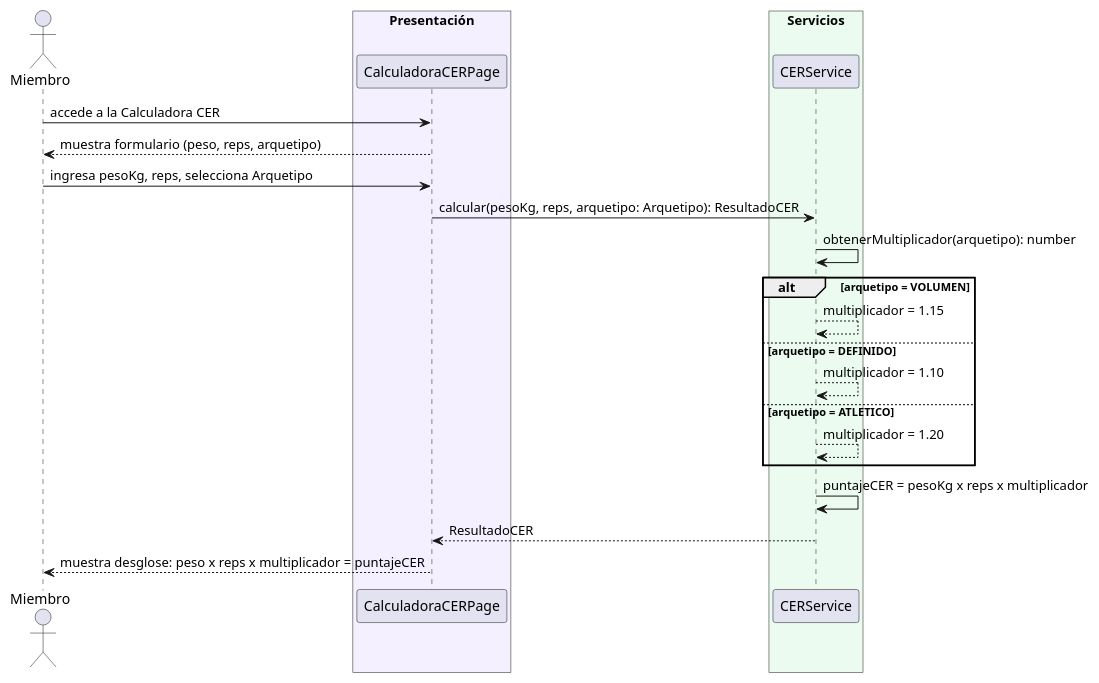
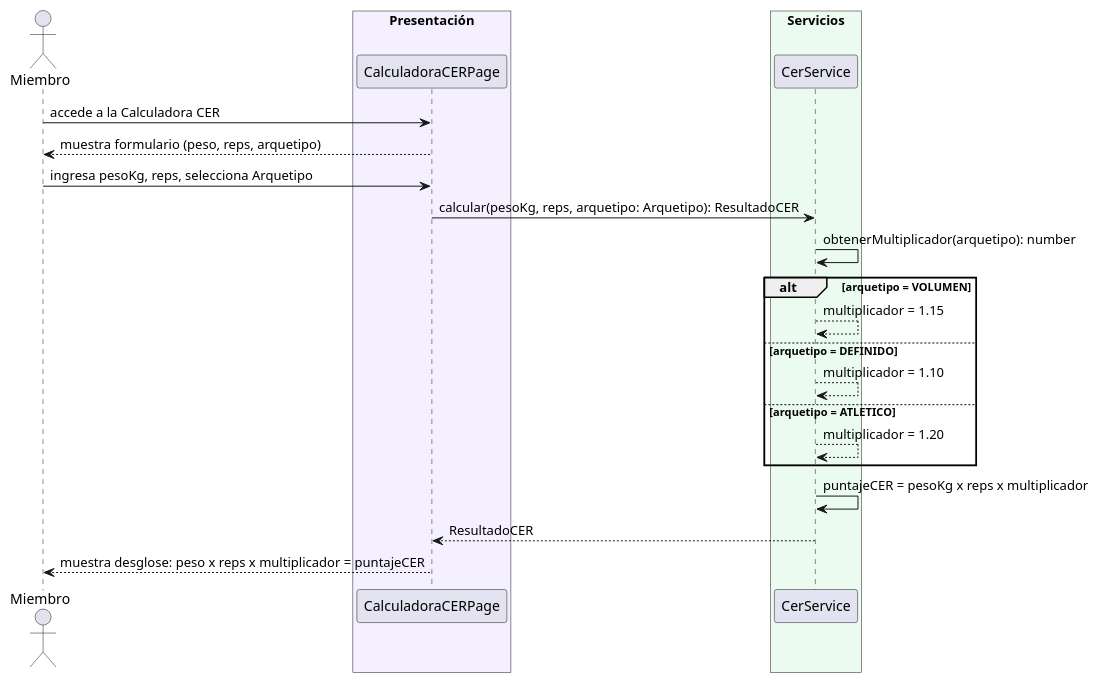
One commit to nicolassepulveda13/SAP changed the third of 8 diagrams in silverback/docs/secuencias-cu003-cu004.md. Above: the diagram before and after it, drawn with PlantUML. The commit also changed other lines of this file and 12 other files, not shown here.

````diff
--- a/silverback/docs/secuencias-cu003-cu004.md
+++ b/silverback/docs/secuencias-cu003-cu004.md
@@ -204,34 +220,34 @@
 ```plantuml
 @startuml CU-003-003
 
 actor Miembro
 
 box "Presentación" #F5F0FF
   participant "CalculadoraCERPage" as Page
 end box
 
 box "Servicios" #EBFBF0
-  participant "CERService" as Svc
+  participant "CerService" as Svc
 end box
 
 Miembro -> Page: accede a la Calculadora CER
 Page --> Miembro: muestra formulario (peso, reps, arquetipo)
 
 Miembro -> Page: ingresa pesoKg, reps, selecciona Arquetipo
 Page -> Svc: calcular(pesoKg, reps, arquetipo: Arquetipo): ResultadoCER
 Svc -> Svc: obtenerMultiplicador(arquetipo): number
 
 alt arquetipo = VOLUMEN
     Svc --> Svc: multiplicador = 1.15
 else arquetipo = DEFINIDO
     Svc --> Svc: multiplicador = 1.10
 else arquetipo = ATLETICO
     Svc --> Svc: multiplicador = 1.20
 end
 
 Svc -> Svc: puntajeCER = pesoKg x reps x multiplicador
 Svc --> Page: ResultadoCER
 Page --> Miembro: muestra desglose: peso x reps x multiplicador = puntajeCER
 
 @enduml
 ```
````
